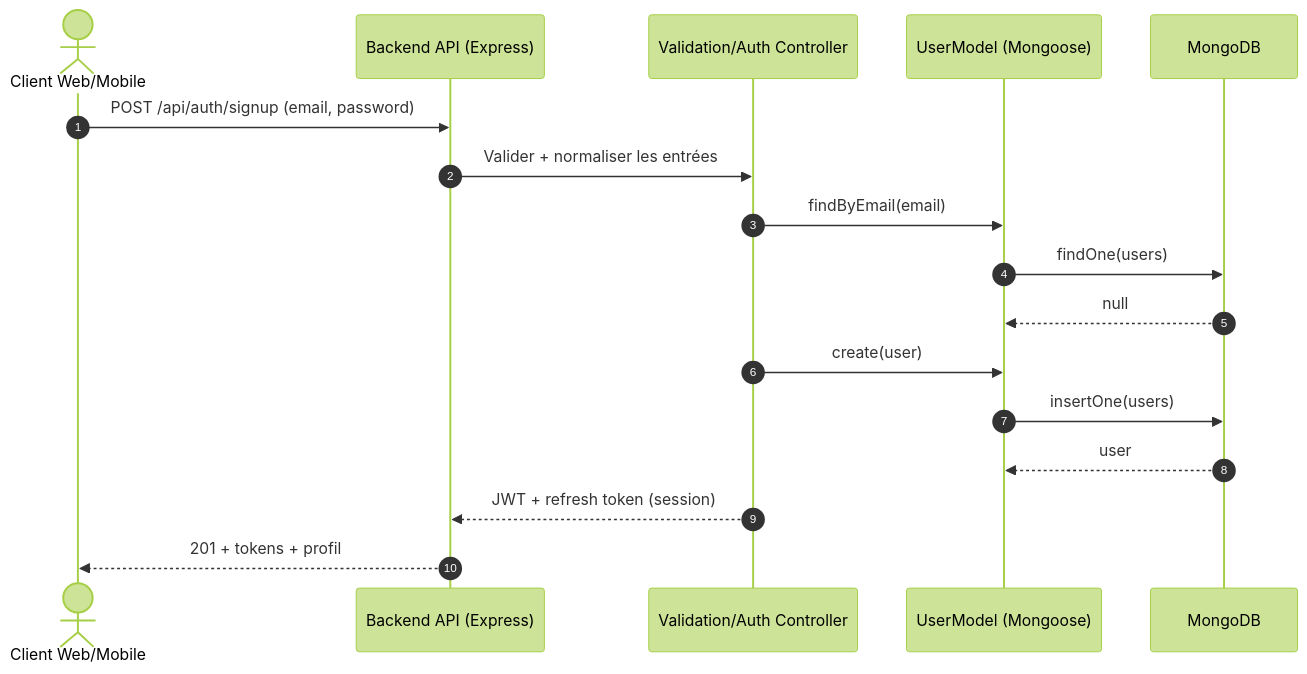
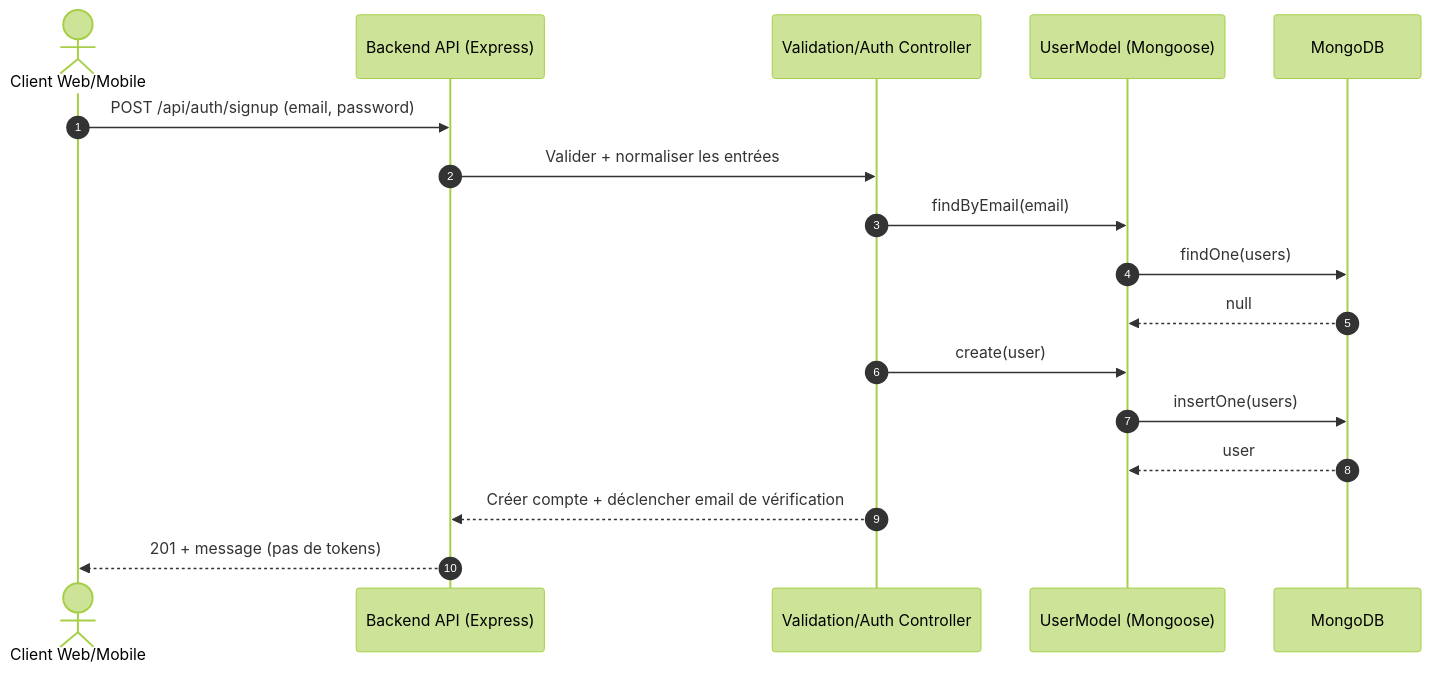
One commit to Elie224/SUPFile changed the third of 5 diagrams in docs/DIAGRAMMES_UML.md. Above: the diagram before and after it, drawn with Mermaid (forest theme). The commit also changed other lines of this file and 1 other file, not shown here.

Commit message:
docs: align API + UML diagrams with backend

````diff
--- a/docs/DIAGRAMMES_UML.md
+++ b/docs/DIAGRAMMES_UML.md
@@ -195,20 +195,20 @@
 ```mermaid
 sequenceDiagram
     autonumber
     actor Client as Client Web/Mobile
     participant API as Backend API (Express)
     participant Auth as Validation/Auth Controller
     participant Users as UserModel (Mongoose)
     participant DB as MongoDB
 
     Client->>API: POST /api/auth/signup (email, password)
     API->>Auth: Valider + normaliser les entrées
     Auth->>Users: findByEmail(email)
     Users->>DB: findOne(users)
     DB-->>Users: null
     Auth->>Users: create(user)
     Users->>DB: insertOne(users)
     DB-->>Users: user
-    Auth-->>API: JWT + refresh token (session)
-    API-->>Client: 201 + tokens + profil
+    Auth-->>API: Créer compte + déclencher email de vérification
+    API-->>Client: 201 + message (pas de tokens)
 ```
````
